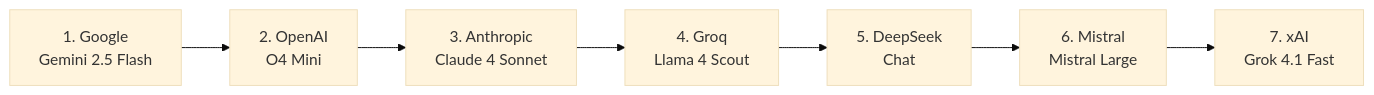
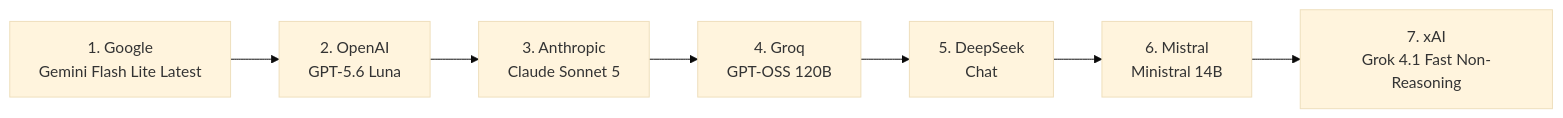
Before and after one commit to lofcz/LlmTornado: the fourth of 7 diagrams in src/LlmTornado.Cli.Core/docs/08-provider-detection.md, drawn with Mermaid (base theme). The commit also changed other lines of this file and 14 other files, not shown here.

````diff
--- a/src/LlmTornado.Cli.Core/docs/08-provider-detection.md
+++ b/src/LlmTornado.Cli.Core/docs/08-provider-detection.md
@@ -99,9 +99,9 @@
 ```mermaid
 graph LR
-    A["1. Google<br/>Gemini 2.5 Flash"] --> B["2. OpenAI<br/>O4 Mini"]
-    B --> C["3. Anthropic<br/>Claude 4 Sonnet"]
-    C --> D["4. Groq<br/>Llama 4 Scout"]
+    A["1. Google<br/>Gemini Flash Lite Latest"] --> B["2. OpenAI<br/>GPT-5.6 Luna"]
+    B --> C["3. Anthropic<br/>Claude Sonnet 5"]
+    C --> D["4. Groq<br/>GPT-OSS 120B"]
     D --> E["5. DeepSeek<br/>Chat"]
-    E --> F["6. Mistral<br/>Mistral Large"]
-    F --> G["7. xAI<br/>Grok 4.1 Fast"]
+    E --> F["6. Mistral<br/>Ministral 14B"]
+    F --> G["7. xAI<br/>Grok 4.1 Fast Non-Reasoning"]
 ```
````
